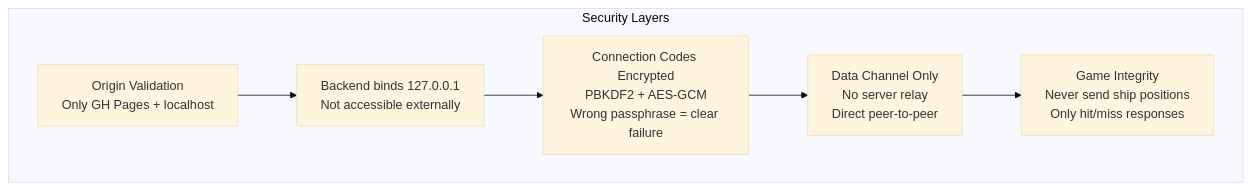
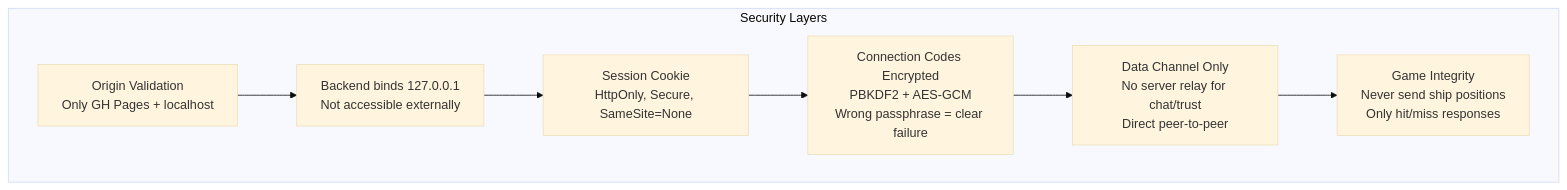
Before and after one commit to RyanDur/battleship: the sixth of 6 diagrams in docs/architecture.md, drawn with Mermaid (base theme). The commit also changed other lines of this file and 1 other file, not shown here.

First line of the commit message:
docs: update README and architecture to reflect current state through iteration 6

````diff
--- a/docs/architecture.md
+++ b/docs/architecture.md
@@ -212,12 +309,13 @@
 ```mermaid
 graph TD
     subgraph "Security Layers"
         O[Origin Validation<br/>Only GH Pages + localhost]
         B[Backend binds 127.0.0.1<br/>Not accessible externally]
+        S[Session Cookie<br/>HttpOnly, Secure, SameSite=None]
         E[Connection Codes Encrypted<br/>PBKDF2 + AES-GCM<br/>Wrong passphrase = clear failure]
-        D[Data Channel Only<br/>No server relay<br/>Direct peer-to-peer]
+        D[Data Channel Only<br/>No server relay for chat/trust<br/>Direct peer-to-peer]
         G[Game Integrity<br/>Never send ship positions<br/>Only hit/miss responses]
     end
 
-    O --> B --> E --> D --> G
+    O --> B --> S --> E --> D --> G
 ```
````
